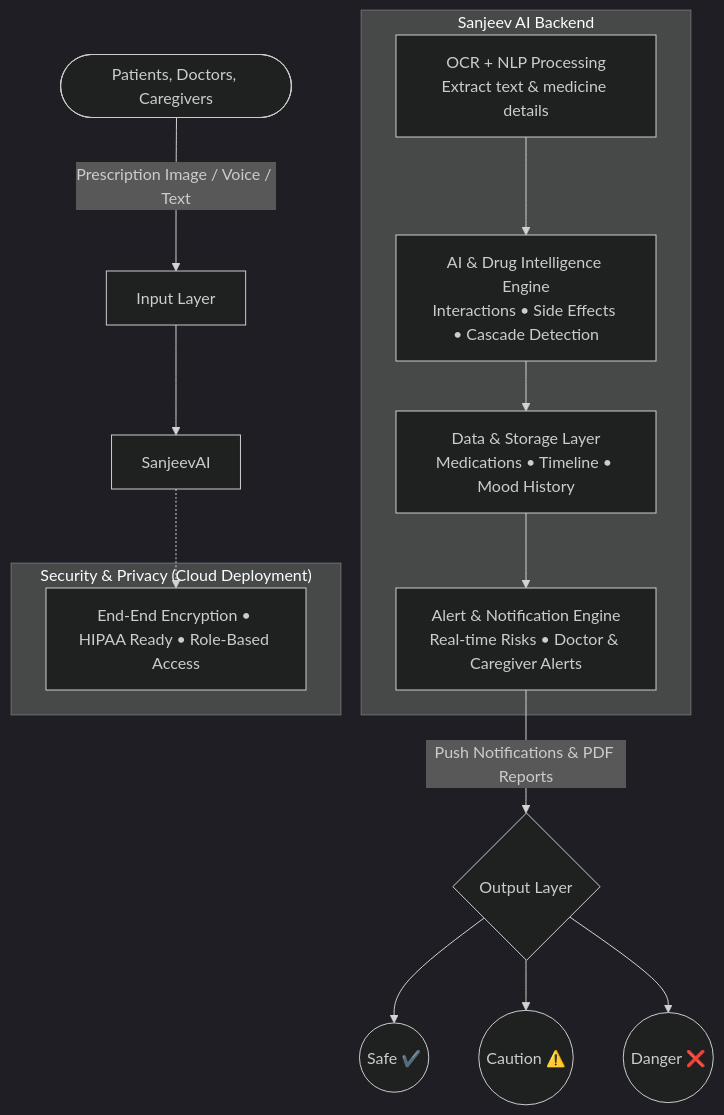
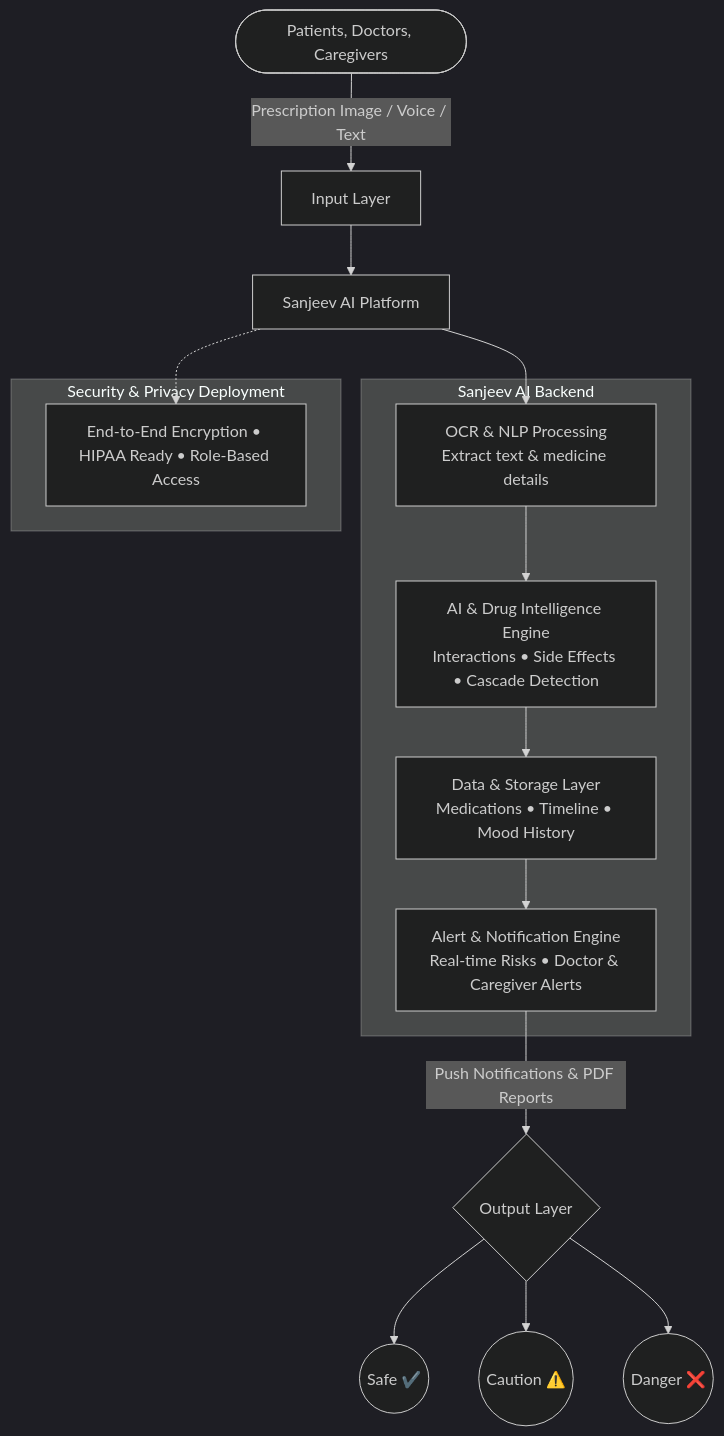
Before and after one commit to sohansarkar07/Sanjeev.AI: the first of 2 diagrams in README.md, drawn with Mermaid (dark theme). The commit also changed other lines of this file, not shown here.

Commit message:
docs: Fix mermaid syntax errors in README architecture diagrams

````diff
--- a/README.md
+++ b/README.md
@@ -73,26 +73,29 @@
 ```mermaid
 graph TD
-    User([Patients, Doctors, Caregivers]) -->|Prescription Image / Voice / Text| Input[Input Layer]
-    Input --> SanjeevAI
+    User(["Patients, Doctors, Caregivers"]) -->|"Prescription Image / Voice / Text"| Input["Input Layer"]
+    Input --> SanjeevAI["Sanjeev AI Platform"]
     
-    subgraph "Sanjeev AI Backend"
-        OCR[OCR + NLP Processing<br/>Extract text & medicine details]
-        Engine[AI & Drug Intelligence Engine<br/>Interactions • Side Effects • Cascade Detection]
-        Data[Data & Storage Layer<br/>Medications • Timeline • Mood History]
-        Alerts[Alert & Notification Engine<br/>Real-time Risks • Doctor & Caregiver Alerts]
+    subgraph Backend ["Sanjeev AI Backend"]
+        OCR["OCR & NLP Processing<br/>Extract text & medicine details"]
+        Engine["AI & Drug Intelligence Engine<br/>Interactions • Side Effects • Cascade Detection"]
+        Data["Data & Storage Layer<br/>Medications • Timeline • Mood History"]
+        AlertEngine["Alert & Notification Engine<br/>Real-time Risks • Doctor & Caregiver Alerts"]
         
         OCR --> Engine
         Engine --> Data
-        Data --> Alerts
+        Data --> AlertEngine
     end
     
-    Alerts -->|"Push Notifications & PDF Reports"| Output{Output Layer}
-    Output --> Safe((Safe ✔️))
-    Output --> Caution((Caution ⚠️))
-    Output --> Danger((Danger ❌))
+    SanjeevAI --> OCR
     
-    subgraph "Security & Privacy (Cloud Deployment)"
-        Sec[End-End Encryption • HIPAA Ready • Role-Based Access]
+    AlertEngine -->|"Push Notifications & PDF Reports"| Output{"Output Layer"}
+    Output --> Safe(("Safe ✔️"))
+    Output --> Caution(("Caution ⚠️"))
+    Output --> Danger(("Danger ❌"))
+    
+    subgraph Security ["Security & Privacy Deployment"]
+        Sec["End-to-End Encryption • HIPAA Ready • Role-Based Access"]
     end
+    
     SanjeevAI -.-> Sec
 ```
````
